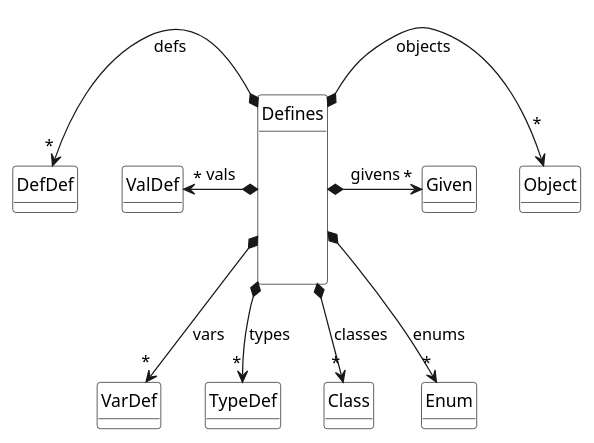
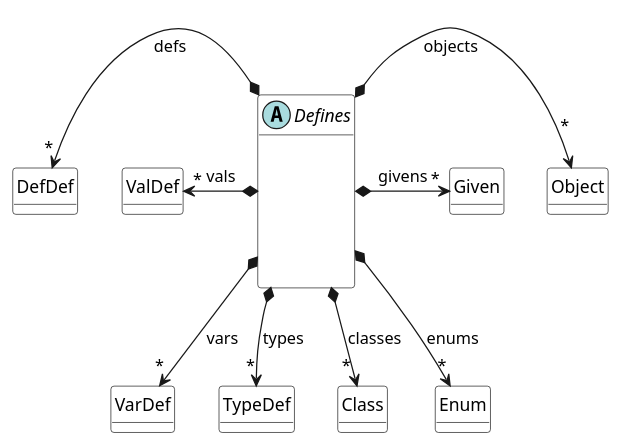
One commit to tizuck/scala-uml-diagrams changed the diagram in scala-meta-model/sub/defines.meta.puml. Above: the diagram before and after it, drawn with PlantUML. The commit also changed 5 other files, not shown here.

```diff
--- a/scala-meta-model/sub/defines.meta.puml
+++ b/scala-meta-model/sub/defines.meta.puml
@@ -1,26 +1,27 @@
 @startuml Defines 
-class Defines {
+abstract class Defines {
     \n
     \n
     \n 
 }
 
 Defines *--left> "*" ValDef : vals 
 Defines *--left> "*" DefDef : "\n defs" 
 Defines *--> "*" VarDef : vars
 Defines *--> "*" TypeDef : types
-Defines *--> "*" Class : classes
-Defines *--> "*" Enum  : enums 
+Defines *--> "    \n*" Class : classes
+Defines *--> "\n*" Enum  : enums 
 Defines *--right> "*\n" Object : "\nobjects" 
 Defines *--right> "*" Given : givens 
 
 hide class circle
 hide class methods
+hide Defines methods
 
 skinparam class {
     BackgroundColor White
     ArrowColor Black
     BorderColor Black
 }
 
 @enduml 
```
